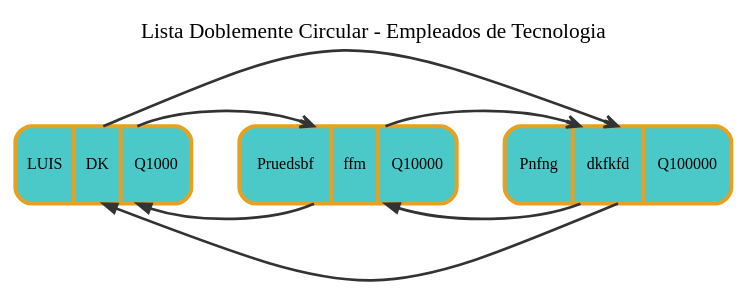
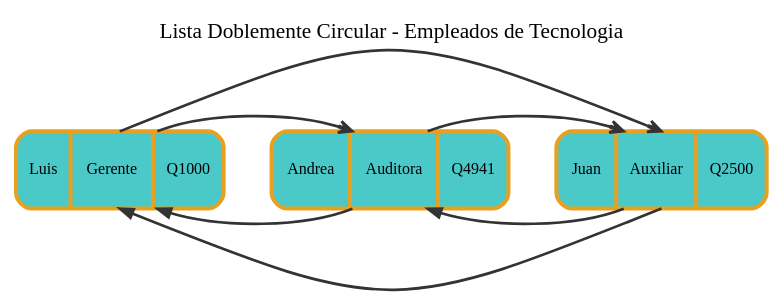
One commit to LuisCastillo2001/IPC2_PS2026_D changed the diagram in Clase_5/empleados_Tecnologia.dot. Above: the diagram before and after it, drawn with Graphviz.

Commit message:
cambio para release

```diff
--- a/Clase_5/empleados_Tecnologia.dot
+++ b/Clase_5/empleados_Tecnologia.dot
@@ -1,27 +1,27 @@
 digraph Empleados_Tecnologia {
   label="Lista Doblemente Circular - Empleados de Tecnologia";
   labelloc="t";
   fontsize=16;
   fontname="Arial Bold";
   rankdir=LR;
   splines=curved;
   nodesep=1.5;
   bgcolor="white";
 
   node [shape=record, style="filled,rounded", fillcolor="#4BC8C8", fontname="Arial Bold", fontsize=12, color="#E8A020", penwidth=3, height=0.8];
   edge [penwidth=2, fontname="Arial", fontsize=9];
 
-  emp_Tecnologia_LUIS [label="{ LUIS | DK | Q1000 }"];
-  emp_Tecnologia_Pruedsbf [label="{ Pruedsbf | ffm | Q10000 }"];
-  emp_Tecnologia_Pnfng [label="{ Pnfng | dkfkfd | Q100000 }"];
+  emp_Tecnologia_Luis [label="{ Luis | Gerente | Q1000 }"];
+  emp_Tecnologia_Andrea [label="{ Andrea | Auditora | Q4941 }"];
+  emp_Tecnologia_Juan [label="{ Juan | Auxiliar | Q2500 }"];
 
-  emp_Tecnologia_LUIS -> emp_Tecnologia_Pruedsbf [color="#333333", arrowhead=vee];
-  emp_Tecnologia_Pruedsbf -> emp_Tecnologia_Pnfng [color="#333333", arrowhead=vee];
+  emp_Tecnologia_Luis -> emp_Tecnologia_Andrea [color="#333333", arrowhead=vee];
+  emp_Tecnologia_Andrea -> emp_Tecnologia_Juan [color="#333333", arrowhead=vee];
 
-  emp_Tecnologia_Pruedsbf -> emp_Tecnologia_LUIS [color="#333333", arrowhead=vee, constraint=false, dir = back];
-  emp_Tecnologia_Pnfng -> emp_Tecnologia_Pruedsbf [color="#333333", arrowhead=vee, constraint=false, dir = back];
+  emp_Tecnologia_Andrea -> emp_Tecnologia_Luis [color="#333333", arrowhead=vee, constraint=false, dir = back];
+  emp_Tecnologia_Juan -> emp_Tecnologia_Andrea [color="#333333", arrowhead=vee, constraint=false, dir = back];
 
-  emp_Tecnologia_Pnfng -> emp_Tecnologia_LUIS [color="#333333", arrowhead=vee, constraint=false, tailport=s, headport=s, style=bold, dir=back];
+  emp_Tecnologia_Juan -> emp_Tecnologia_Luis [color="#333333", arrowhead=vee, constraint=false, tailport=s, headport=s, style=bold, dir=back];
 
-  emp_Tecnologia_LUIS -> emp_Tecnologia_Pnfng [color="#333333", arrowhead=vee, constraint=false, tailport=n, headport=n, style=bold];
+  emp_Tecnologia_Luis -> emp_Tecnologia_Juan [color="#333333", arrowhead=vee, constraint=false, tailport=n, headport=n, style=bold];
 }
```
